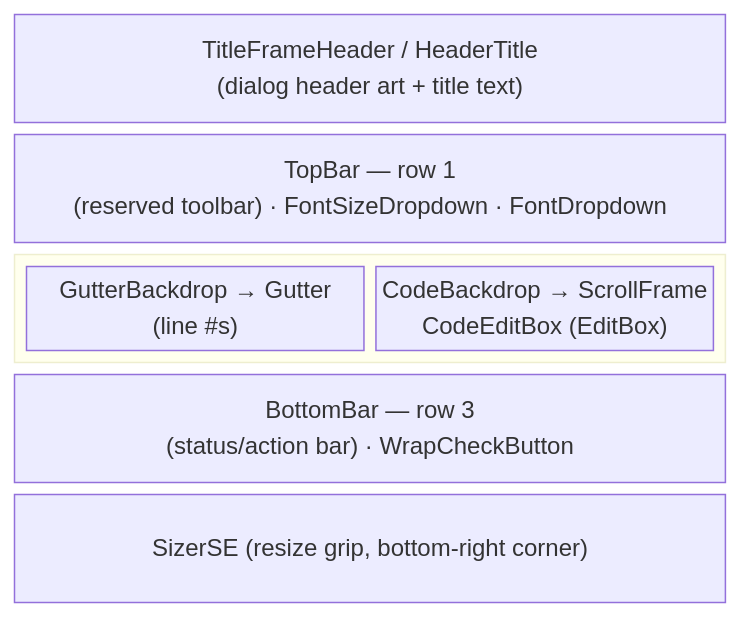
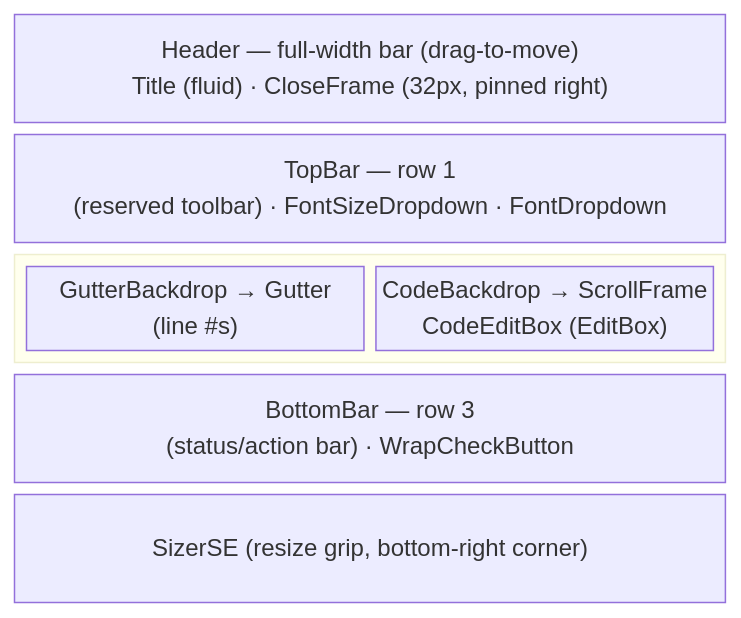
One commit to kapresoft/wow-addon-LuaDevKit changed the first of 2 diagrams in LuaDevKit-CodeEditor/README_CodeEditor.md. Above: the diagram before and after it, drawn with Mermaid. The commit also changed other lines of this file and 2 other files, not shown here.

Commit message:
header frame change

````diff
--- a/LuaDevKit-CodeEditor/README_CodeEditor.md
+++ b/LuaDevKit-CodeEditor/README_CodeEditor.md
@@ -22,12 +22,12 @@
 ```mermaid
 block-beta
 columns 1
-  Header["TitleFrameHeader / HeaderTitle\n(dialog header art + title text)"]
+  Header["Header — full-width bar (drag-to-move)\nTitle (fluid) · CloseFrame (32px, pinned right)"]
   TopBar["TopBar — row 1\n(reserved toolbar) · FontSizeDropdown · FontDropdown"]
   block:body
     Gutter["GutterBackdrop → Gutter\n(line #s)"]
     Code["CodeBackdrop → ScrollFrame\nCodeEditBox (EditBox)"]
   end
   BottomBar["BottomBar — row 3\n(status/action bar) · WrapCheckButton"]
   Sizer["SizerSE (resize grip, bottom-right corner)"]
 ```
````
